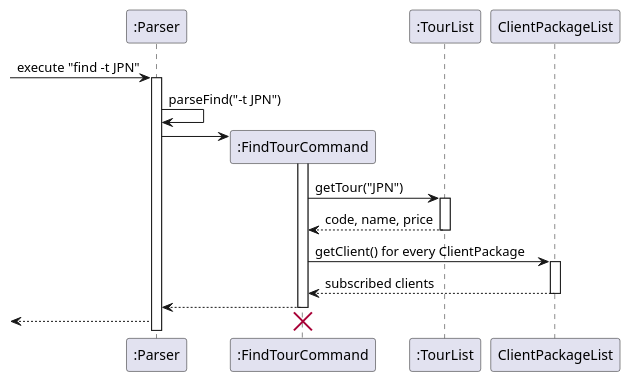
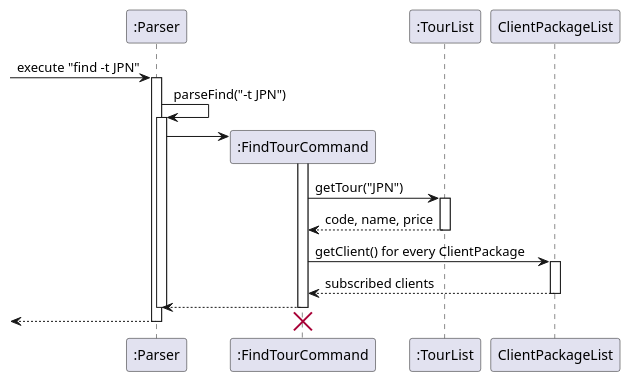
One commit to nus-cs2113-AY2122S1/tp changed the diagram in src/main/java/seedu/uml/FindTourTest.puml. Above: the diagram before and after it, drawn with PlantUML. The commit also changed 9 other files, not shown here.

Commit message:
Added Ui component in UG, minor changes to UML diagrams

```diff
--- a/src/main/java/seedu/uml/FindTourTest.puml
+++ b/src/main/java/seedu/uml/FindTourTest.puml
@@ -1,33 +1,36 @@
 @startuml
 
 participant ":Parser" as Parser
 participant ":FindTourCommand" as FTC
 participant ":TourList" as TourList
 participant "ClientPackageList" as ClientPackageList
 
 
 
 -> Parser: execute "find -t JPN"
 activate Parser
 Parser -> Parser : parseFind("-t JPN")
+activate Parser
 
 create FTC
 Parser -> FTC
 activate FTC
 
 FTC -> TourList : getTour("JPN")
 activate TourList
 TourList --> FTC : code, name, price
 deactivate TourList
 
 FTC -> ClientPackageList : getClient() for every ClientPackage
 activate ClientPackageList
 ClientPackageList --> FTC : subscribed clients
 deactivate ClientPackageList
 
 FTC --> Parser
+deactivate Parser
 deactivate FTC
 <-- Parser
+deactivate Parser
 destroy FTC
 
 @enduml
```
